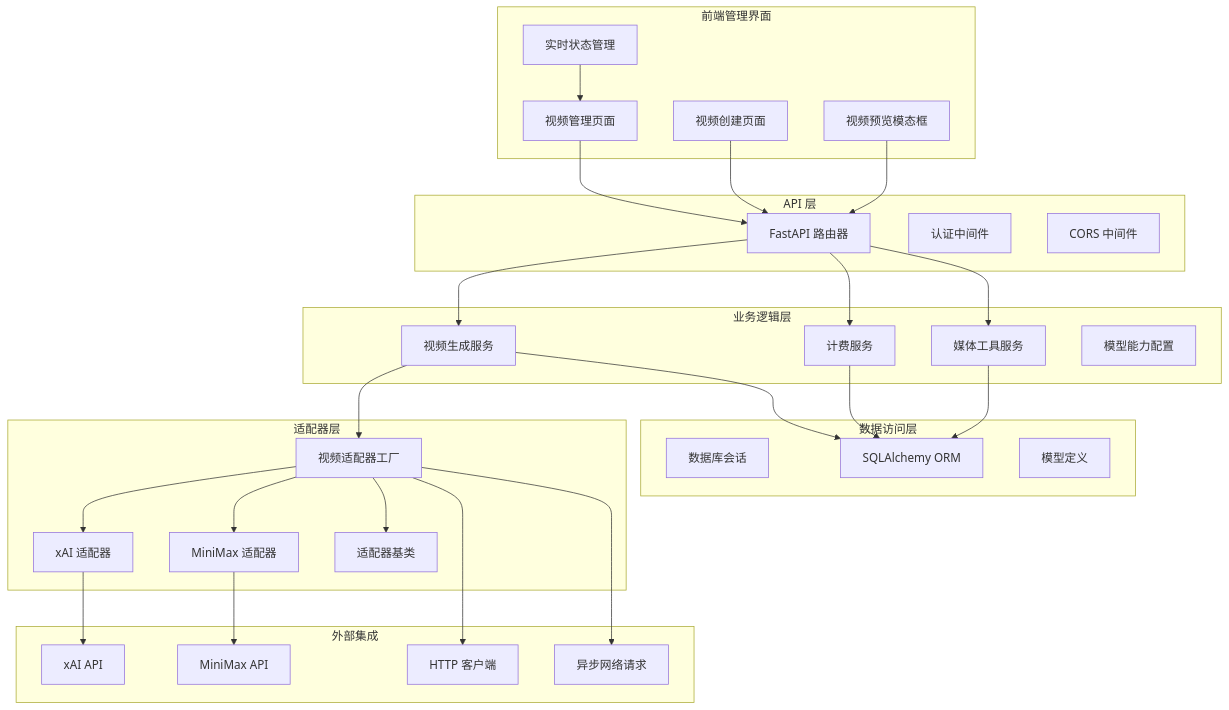
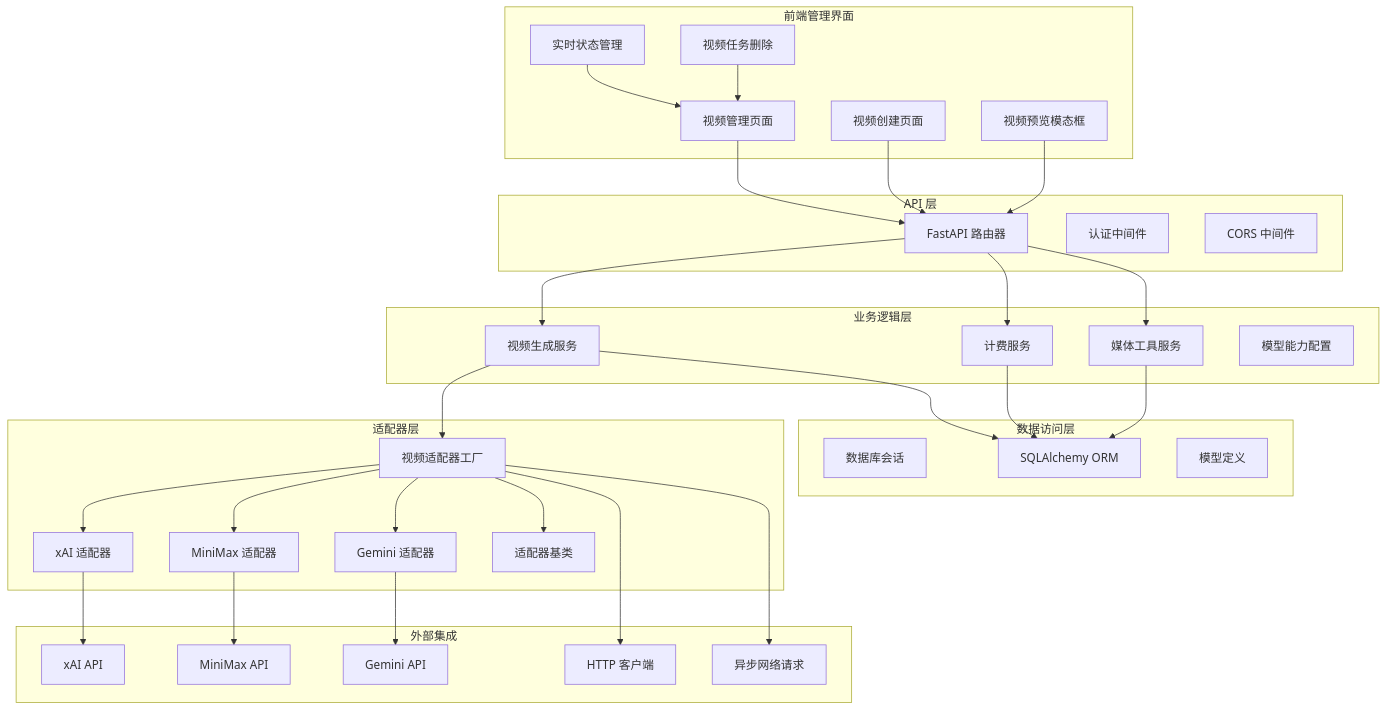
The third of 18 diagrams in .qoder/repowiki/zh/content/后端开发指南/视频生成系统.md (KunLabAI/KunFlix), drawn with Mermaid before and after one commit. The commit also changed other lines of this file and 11 other files, not shown here.

````diff
--- a/.qoder/repowiki/zh/content/后端开发指南/视频生成系统.md
+++ b/.qoder/repowiki/zh/content/后端开发指南/视频生成系统.md
@@ -229,55 +250,61 @@
 ```mermaid
 graph TD
 subgraph "API 层"
 A1[FastAPI 路由器]
 A2[认证中间件]
 A3[CORS 中间件]
 end
 subgraph "业务逻辑层"
 B1[视频生成服务]
 B2[计费服务]
 B3[媒体工具服务]
 B4[模型能力配置]
 end
 subgraph "适配器层"
 C1[视频适配器工厂]
 C2[xAI 适配器]
 C3[MiniMax 适配器]
-C4[适配器基类]
+C4[Gemini 适配器]
+C5[适配器基类]
 end
 subgraph "数据访问层"
 D1[数据库会话]
 D2[SQLAlchemy ORM]
 D3[模型定义]
 end
 subgraph "外部集成"
 E1[xAI API]
 E2[MiniMax API]
-E3[HTTP 客户端]
-E4[异步网络请求]
+E3[Gemini API]
+E4[HTTP 客户端]
+E5[异步网络请求]
 end
 subgraph "前端管理界面"
 F1[视频管理页面]
 F2[视频创建页面]
 F3[视频预览模态框]
 F4[实时状态管理]
+F5[视频任务删除]
 end
 A1 --> B1
 A1 --> B2
 A1 --> B3
 B1 --> C1
 C1 --> C2
 C1 --> C3
 C1 --> C4
+C1 --> C5
 B1 --> D2
 B2 --> D2
 B3 --> D2
 C2 --> E1
 C3 --> E2
-C1 --> E3
+C4 --> E3
 C1 --> E4
+C1 --> E5
 F1 --> A1
 F2 --> A1
 F3 --> A1
 F4 --> F1
+F5 --> F1
 ```
````
